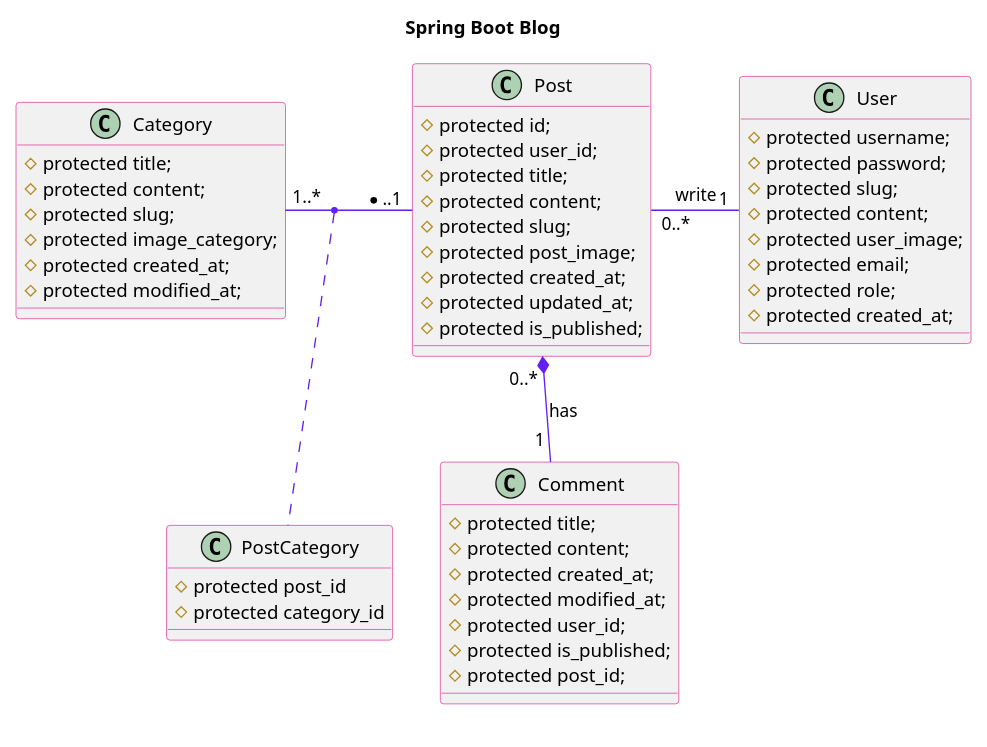
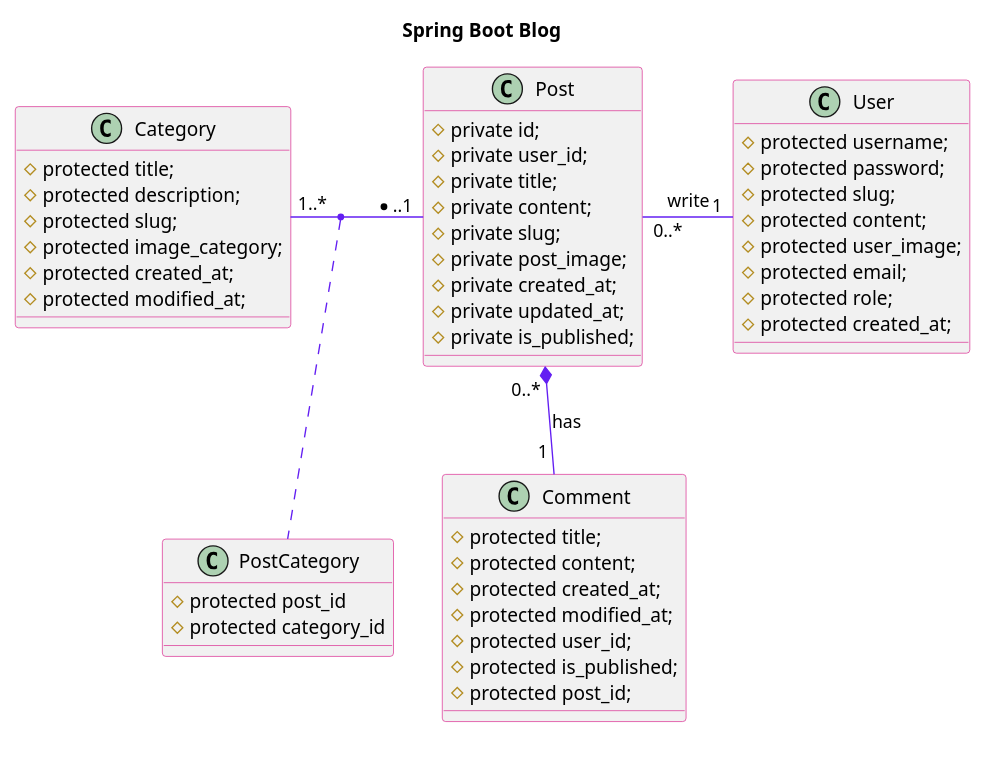
One commit to ronan-develop/Spring-Boot-Blog changed the diagram in diagrams/class.puml. Above: the diagram before and after it, drawn with PlantUML.

Commit message:
diagrams : Adapt Post

```diff
--- a/diagrams/class.puml
+++ b/diagrams/class.puml
@@ -1,78 +1,78 @@
 @startuml Classes diagram
 
 scale 650 width
 
 skinparam class {
 
     ArrowColor #631FF2
     BorderColor #DB2790
 }
 
 TITLE "Spring Boot Blog"
 
 
 class  User {
 
     # protected username;
     # protected password;
     # protected slug;
     # protected content;
     # protected user_image;
     # protected email;
     # protected role;
     # protected created_at;
 }
 
 class Post{
 
-    # protected id;
-    # protected user_id;
-    # protected title;
-    # protected content;
-    # protected slug;
-    # protected post_image;
-    # protected created_at;
-    # protected updated_at;
-    # protected is_published;
+    # private id;
+    # private user_id;
+    # private title;
+    # private content;
+    # private slug;
+    # private post_image;
+    # private created_at;
+    # private updated_at;
+    # private is_published;
 }
 
 class Category{
 
     # protected title;
-    # protected content;
+    # protected description;
     # protected slug;
     # protected image_category;
     # protected created_at;
     # protected modified_at;
 }
 
 class Comment {
 
    # protected title;
    # protected content;
    # protected created_at;
    # protected modified_at;
    # protected user_id;
    # protected is_published;
    # protected post_id;
 }
 
 class PostCategory {
 
     # protected post_id
     # protected category_id
 }
 
 /'
 relations between entities
 '/
 
 Category "1..*" - "*..1" Post
 (Category, Post) . PostCategory
 Post " 0..* " *-- " 1 " Comment: has
 Post "0..*" -right- "1" User: write
 
 
 
 footer ""
 @enduml
```
